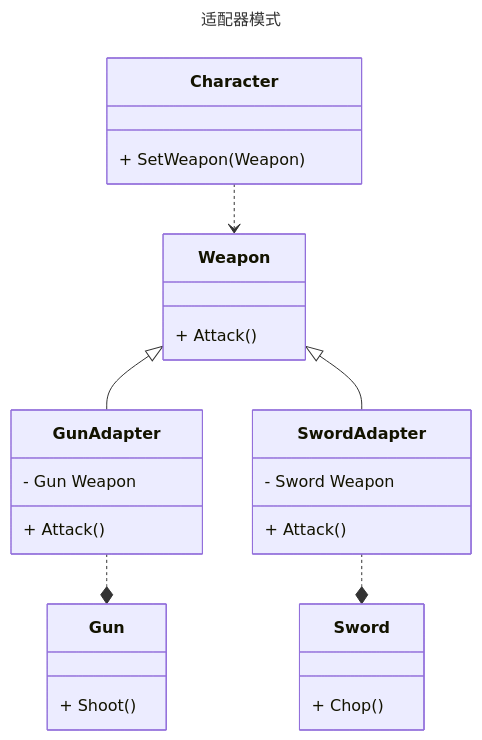
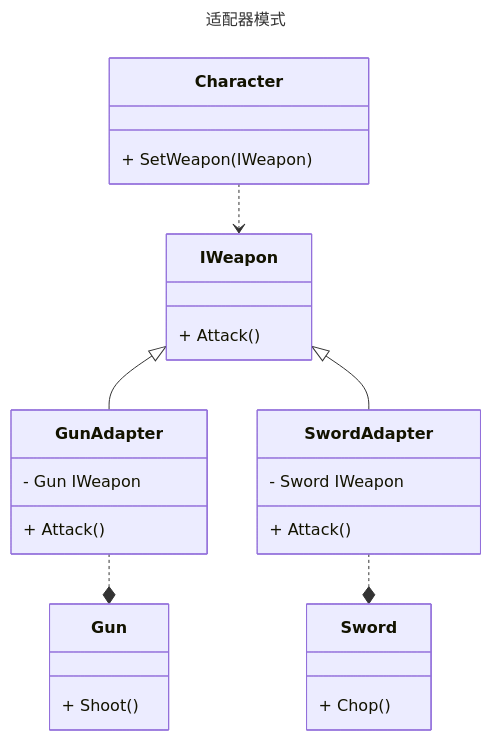
Before and after one commit to CollapseNav/CollapseNav.Net.Tool-Doc: the diagram in other/knowledge/Design/6-Adapter.mdx, drawn with Mermaid. The commit also changed other lines of this file and 5 other files, not shown here.

````diff
--- a/other/knowledge/Design/6-Adapter.mdx
+++ b/other/knowledge/Design/6-Adapter.mdx
@@ -19,38 +20,38 @@
 ```mermaid
 ---
 title: 适配器模式
 ---
 classDiagram
 
-Weapon <|-- GunAdapter
-Weapon <|-- SwordAdapter
+IWeapon <|-- GunAdapter
+IWeapon <|-- SwordAdapter
 GunAdapter ..* Gun
 SwordAdapter ..* Sword
-Character ..> Weapon
+Character ..> IWeapon
 
 class Character{
-    + SetWeapon(Weapon)
+    + SetWeapon(IWeapon)
 }
 
-class Weapon{
+class IWeapon{
     + Attack()
 }
 
 class GunAdapter{
-    - Gun Weapon
+    - Gun IWeapon
     + Attack()
 }
 class SwordAdapter{
-    - Sword Weapon
+    - Sword IWeapon
     + Attack()
 }
 
 class Gun{
     + Shoot()
 }
 
 class Sword{
     + Chop()
 }
 
 ```
````
